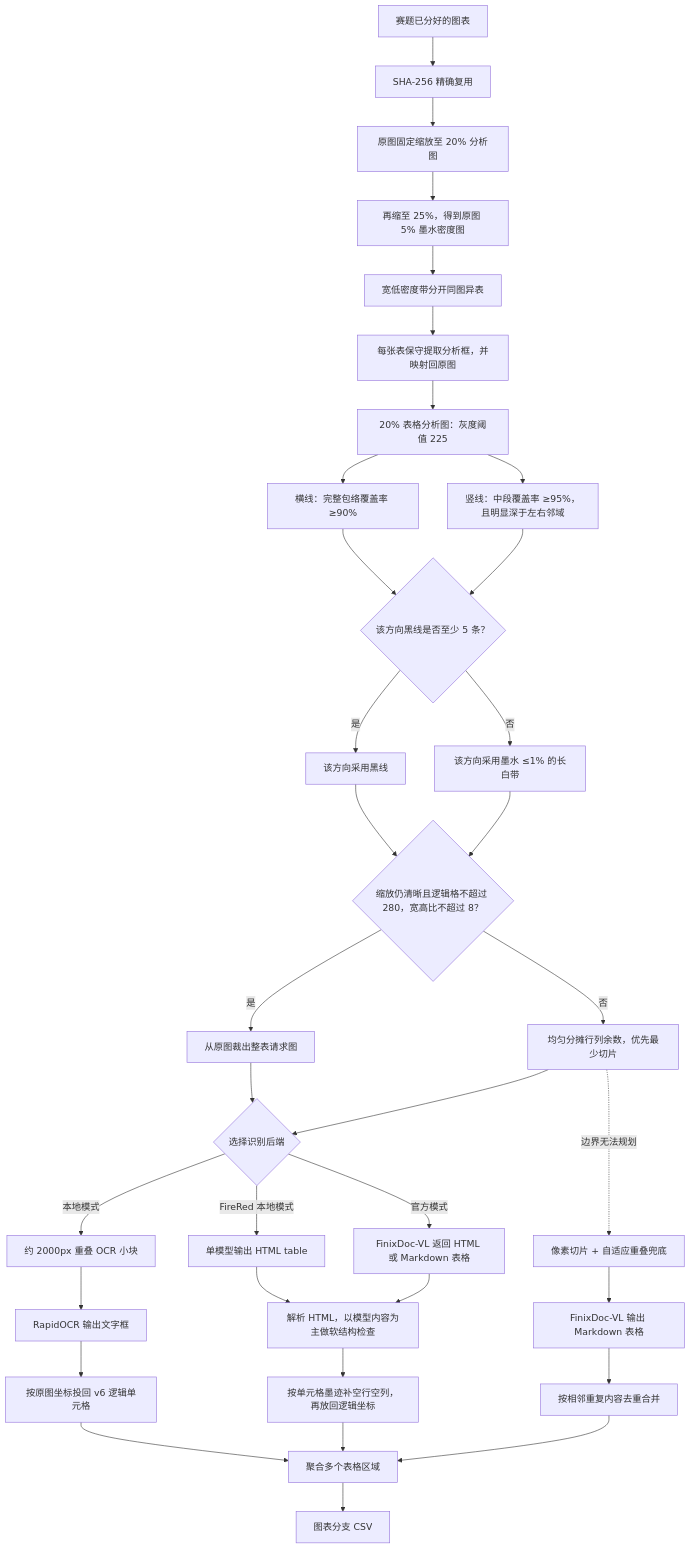
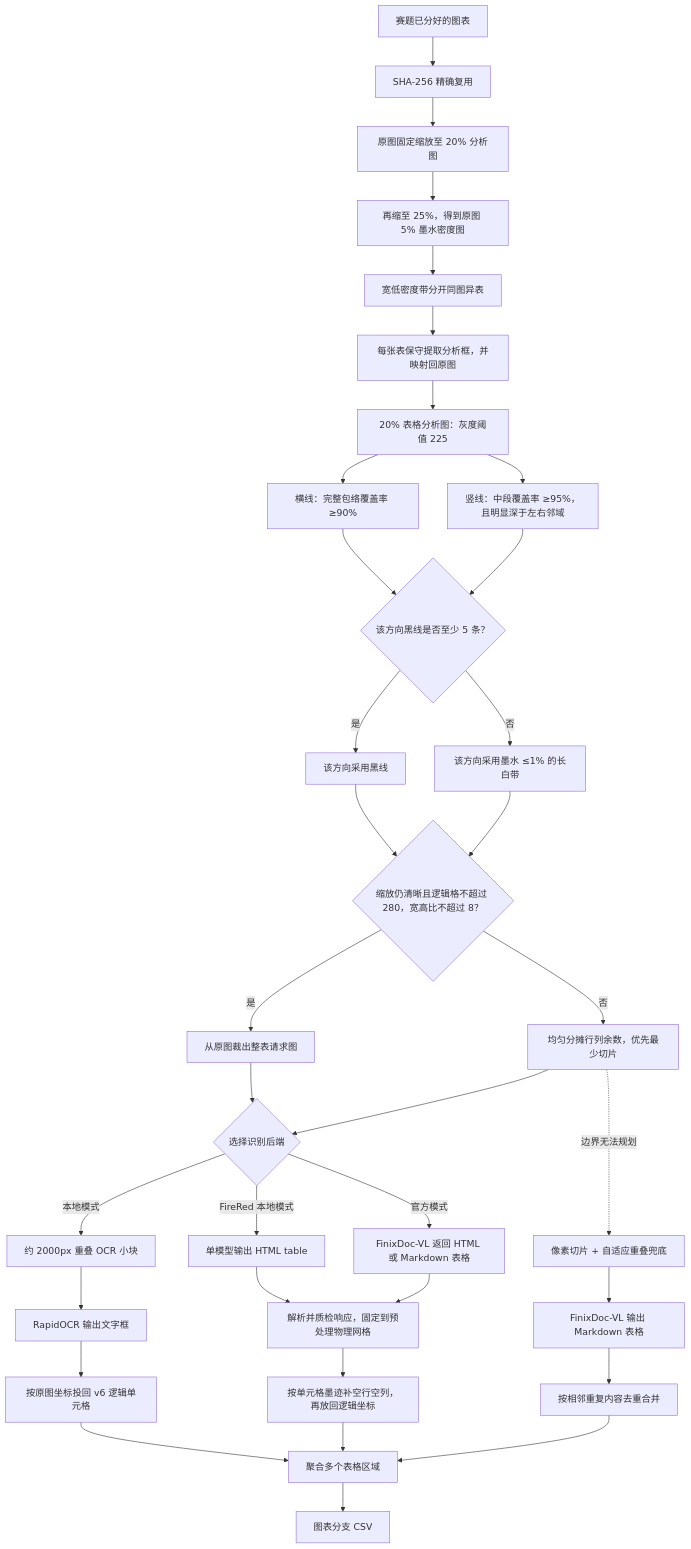
The diagram in afac_pipeline/table/README.md (AAAXXS-0/CAFA6202), drawn with Mermaid before and after one commit. The commit also changed other lines of this file and 7 other files, not shown here.

Commit message:
fix:固定图表物理网格并细化全空兜底

````diff
--- a/afac_pipeline/table/README.md
+++ b/afac_pipeline/table/README.md
@@ -6,36 +6,36 @@
 ```mermaid
 flowchart TD
     A["赛题已分好的图表"] --> B["SHA-256 精确复用"]
     B --> C["原图固定缩放至 20% 分析图"]
     C --> D["再缩至 25%，得到原图 5% 墨水密度图"]
     D --> E["宽低密度带分开同图异表"]
     E --> F["每张表保守提取分析框，并映射回原图"]
     F --> G["20% 表格分析图：灰度阈值 225"]
     G --> HR["横线：完整包络覆盖率 ≥90%"]
     G --> HC["竖线：中段覆盖率 ≥95%，且明显深于左右邻域"]
     HR --> V{"该方向黑线是否至少 5 条？"}
     HC --> V
     V -- "是" --> I["该方向采用黑线"]
     V -- "否" --> W["该方向采用墨水 ≤1% 的长白带"]
     I --> X{"缩放仍清晰且逻辑格不超过 280，宽高比不超过 8？"}
     W --> X
     X -- "是" --> Y["从原图裁出整表请求图"]
     X -- "否" --> J["均匀分摊行列余数，优先最少切片"]
     J -. "边界无法规划" .-> N["像素切片 + 自适应重叠兜底"]
     Y --> Z{"选择识别后端"}
     J --> Z
     Z -- "官方模式" --> O["FinixDoc-VL 返回 HTML 或 Markdown 表格"]
     Z -- "FireRed 本地模式" --> FO["单模型输出 HTML table"]
     FO --> Q
     Z -- "本地模式" --> LO["约 2000px 重叠 OCR 小块"]
     LO --> LC["RapidOCR 输出文字框"]
     LC --> LD["按原图坐标投回 v6 逻辑单元格"]
     LD --> T
     N --> P["FinixDoc-VL 输出 Markdown 表格"]
-    O --> Q["解析 HTML，以模型内容为主做软结构检查"]
+    O --> Q["解析并质检响应，固定到预处理物理网格"]
     Q --> R["按单元格墨迹补空行空列，再放回逻辑坐标"]
     P --> S["按相邻重复内容去重合并"]
     R --> T["聚合多个表格区域"]
     S --> T
     T --> U["图表分支 CSV"]
 ```
````
